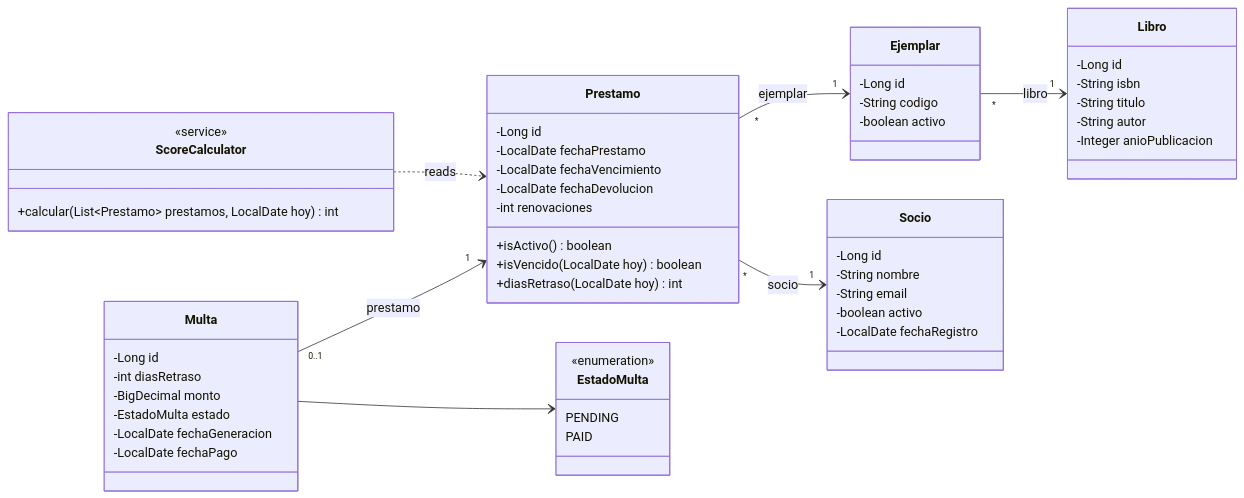
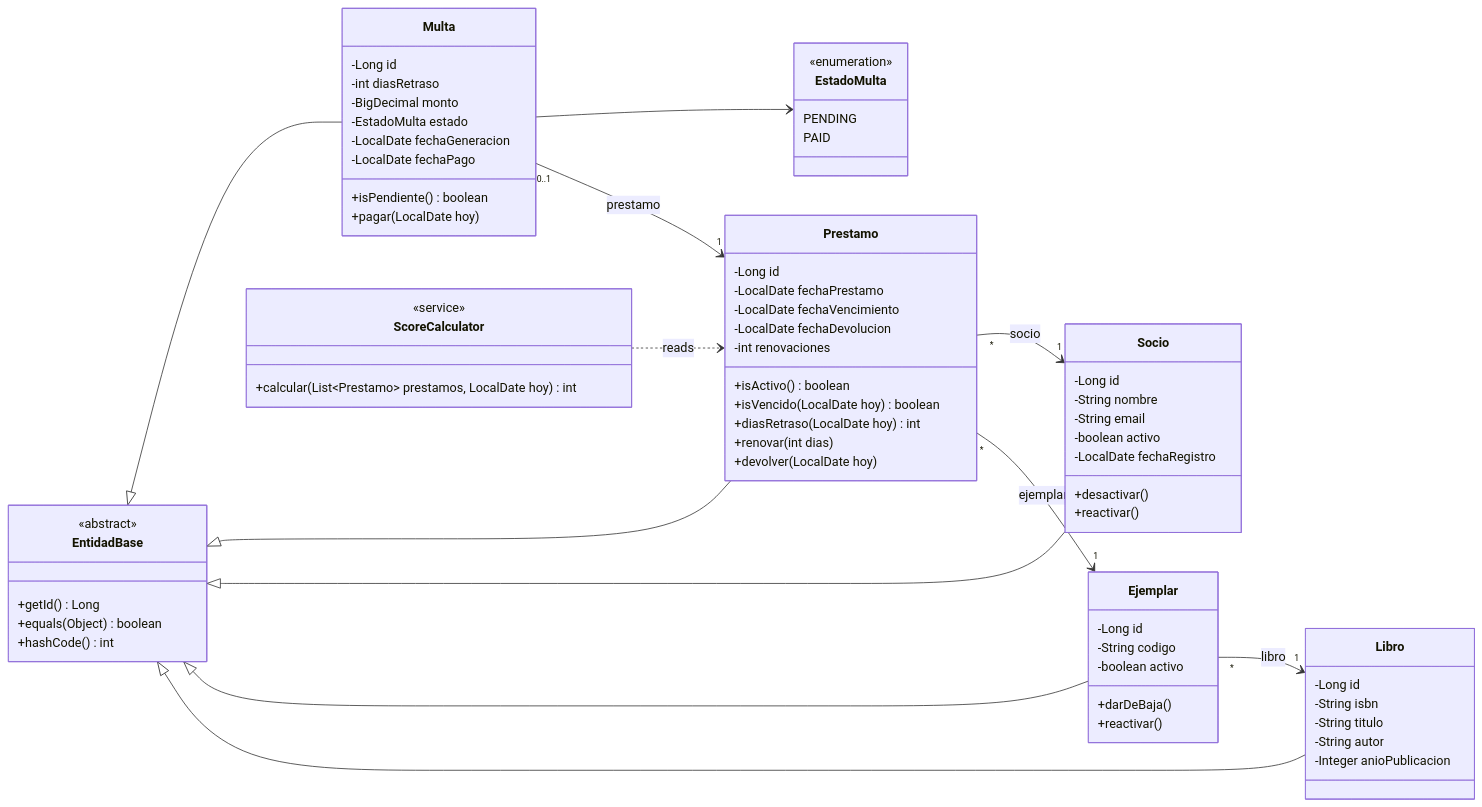
One commit to caronteisback/biblioteca-java changed the diagram in docs/diagrams/class-diagram.md. Above: the diagram before and after it, drawn with Mermaid. The commit also changed other lines of this file and 25 other files, not shown here.

First line of the commit message:
feat: add Flyway V1 schema, JPA entities and repositories

````diff
--- a/docs/diagrams/class-diagram.md
+++ b/docs/diagrams/class-diagram.md
@@ -5,56 +5,75 @@
 ```mermaid
 classDiagram
   direction LR
+  class EntidadBase {
+    <<abstract>>
+    +getId() Long
+    +equals(Object) boolean
+    +hashCode() int
+  }
   class Libro {
     -Long id
     -String isbn
     -String titulo
     -String autor
     -Integer anioPublicacion
   }
   class Ejemplar {
     -Long id
     -String codigo
     -boolean activo
+    +darDeBaja()
+    +reactivar()
   }
   class Socio {
     -Long id
     -String nombre
     -String email
     -boolean activo
     -LocalDate fechaRegistro
+    +desactivar()
+    +reactivar()
   }
   class Prestamo {
     -Long id
     -LocalDate fechaPrestamo
     -LocalDate fechaVencimiento
     -LocalDate fechaDevolucion
     -int renovaciones
     +isActivo() boolean
     +isVencido(LocalDate hoy) boolean
     +diasRetraso(LocalDate hoy) int
+    +renovar(int dias)
+    +devolver(LocalDate hoy)
   }
   class Multa {
     -Long id
     -int diasRetraso
     -BigDecimal monto
     -EstadoMulta estado
     -LocalDate fechaGeneracion
     -LocalDate fechaPago
+    +isPendiente() boolean
+    +pagar(LocalDate hoy)
   }
   class EstadoMulta {
     <<enumeration>>
     PENDING
     PAID
   }
   class ScoreCalculator {
     <<service>>
     +calcular(List~Prestamo~ prestamos, LocalDate hoy) int
   }
+  EntidadBase <|-- Libro
+  EntidadBase <|-- Ejemplar
+  EntidadBase <|-- Socio
+  EntidadBase <|-- Prestamo
+  EntidadBase <|-- Multa
   Ejemplar "*" --> "1" Libro : libro
   Prestamo "*" --> "1" Ejemplar : ejemplar
   Prestamo "*" --> "1" Socio : socio
   Multa "0..1" --> "1" Prestamo : prestamo
   Multa --> EstadoMulta
   ScoreCalculator ..> Prestamo : reads
 ```
````
